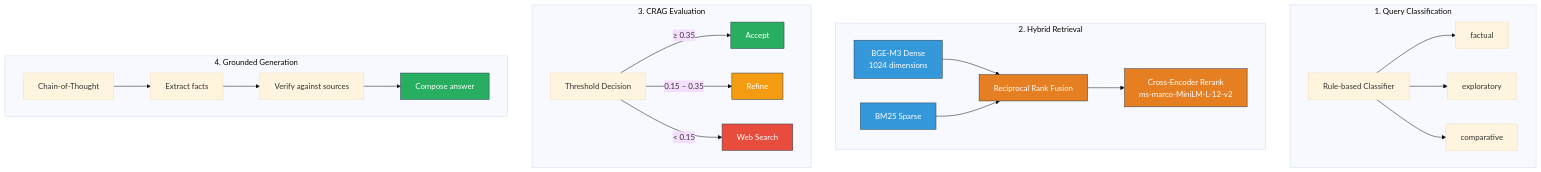
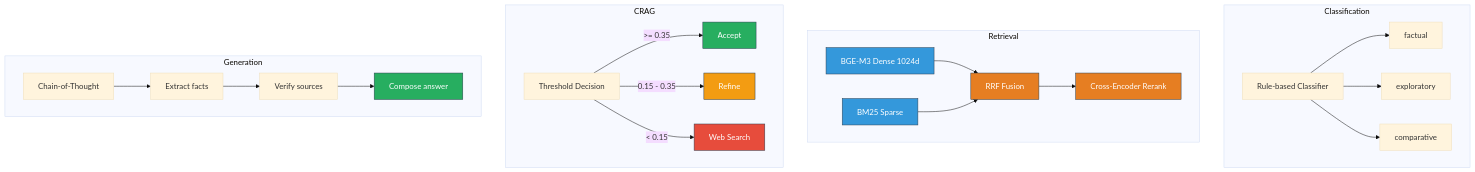
The second of 8 diagrams in README.md (yughiyami/rag_medicinal_plants), drawn with Mermaid (base theme) before and after one commit. The commit also changed other lines of this file, not shown here.

Commit message:
fix: use ASCII-only chars in Mermaid diagrams for GitHub rendering

````diff
--- a/README.md
+++ b/README.md
@@ -35,40 +35,40 @@
 ```mermaid
 graph TD
-    subgraph "1. Query Classification"
-        CL["Rule-based Classifier"]
-        CL --> F["factual"]
-        CL --> EX["exploratory"]
-        CL --> CO["comparative"]
+    subgraph Classification
+        CL[Rule-based Classifier]
+        CL --> F[factual]
+        CL --> EX[exploratory]
+        CL --> CO[comparative]
     end
 
-    subgraph "2. Hybrid Retrieval"
-        BGE["BGE-M3 Dense<br/>1024 dimensions"]
-        BM["BM25 Sparse"]
-        BGE --> RRF["Reciprocal Rank Fusion"]
+    subgraph Retrieval
+        BGE[BGE-M3 Dense 1024d]
+        BM[BM25 Sparse]
+        BGE --> RRF[RRF Fusion]
         BM --> RRF
-        RRF --> RK["Cross-Encoder Rerank<br/>ms-marco-MiniLM-L-12-v2"]
+        RRF --> RK[Cross-Encoder Rerank]
     end
 
-    subgraph "3. CRAG Evaluation"
-        TH["Threshold Decision"]
-        TH -->|"≥ 0.35"| ACC["Accept"]
-        TH -->|"0.15 – 0.35"| REF["Refine"]
-        TH -->|"< 0.15"| WEB["Web Search"]
+    subgraph CRAG
+        TH[Threshold Decision]
+        TH -- ">= 0.35" --> ACC[Accept]
+        TH -- "0.15 - 0.35" --> REF[Refine]
+        TH -- "< 0.15" --> WEB[Web Search]
     end
 
-    subgraph "4. Grounded Generation"
-        COT["Chain-of-Thought"]
-        COT --> S1["Extract facts"]
-        S1 --> S2["Verify against sources"]
-        S2 --> S3["Compose answer"]
+    subgraph Generation
+        COT[Chain-of-Thought]
+        COT --> S1[Extract facts]
+        S1 --> S2[Verify sources]
+        S2 --> S3[Compose answer]
     end
 
     style BGE fill:#3498db,stroke:#2c3e50,color:#fff
     style BM fill:#3498db,stroke:#2c3e50,color:#fff
     style RRF fill:#e67e22,stroke:#2c3e50,color:#fff
     style RK fill:#e67e22,stroke:#2c3e50,color:#fff
     style ACC fill:#27ae60,stroke:#2c3e50,color:#fff
     style REF fill:#f39c12,stroke:#2c3e50,color:#fff
     style WEB fill:#e74c3c,stroke:#2c3e50,color:#fff
     style S3 fill:#27ae60,stroke:#2c3e50,color:#fff
 ```
````
